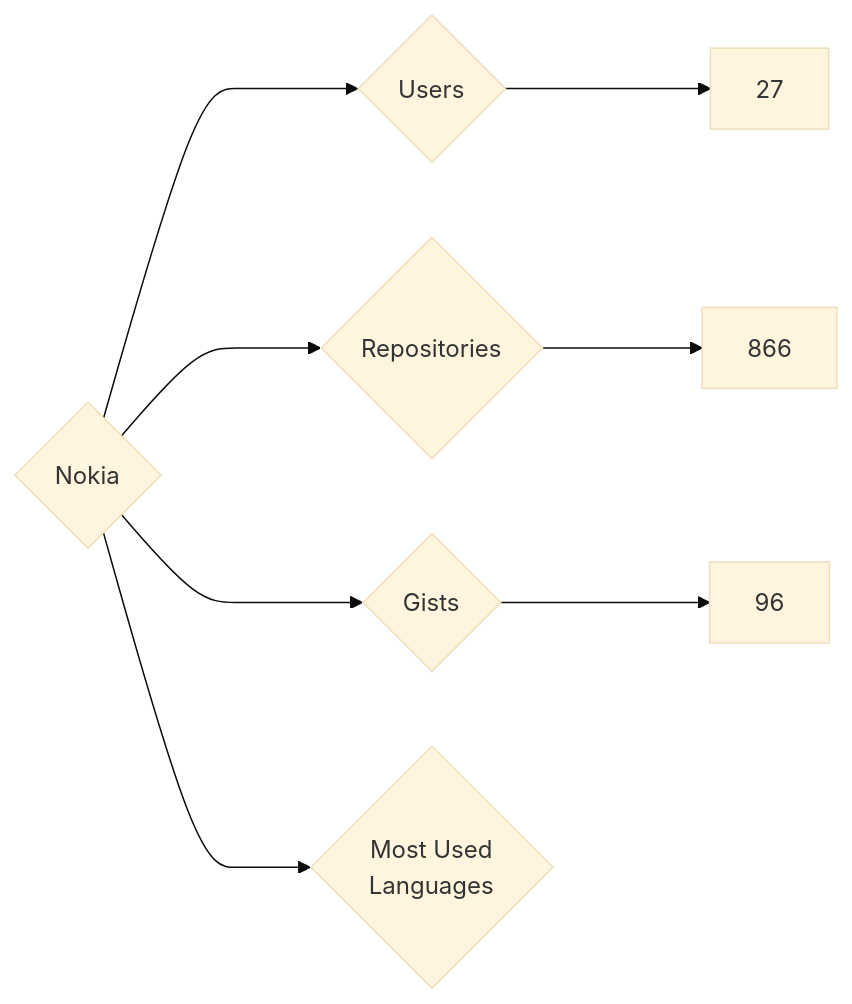
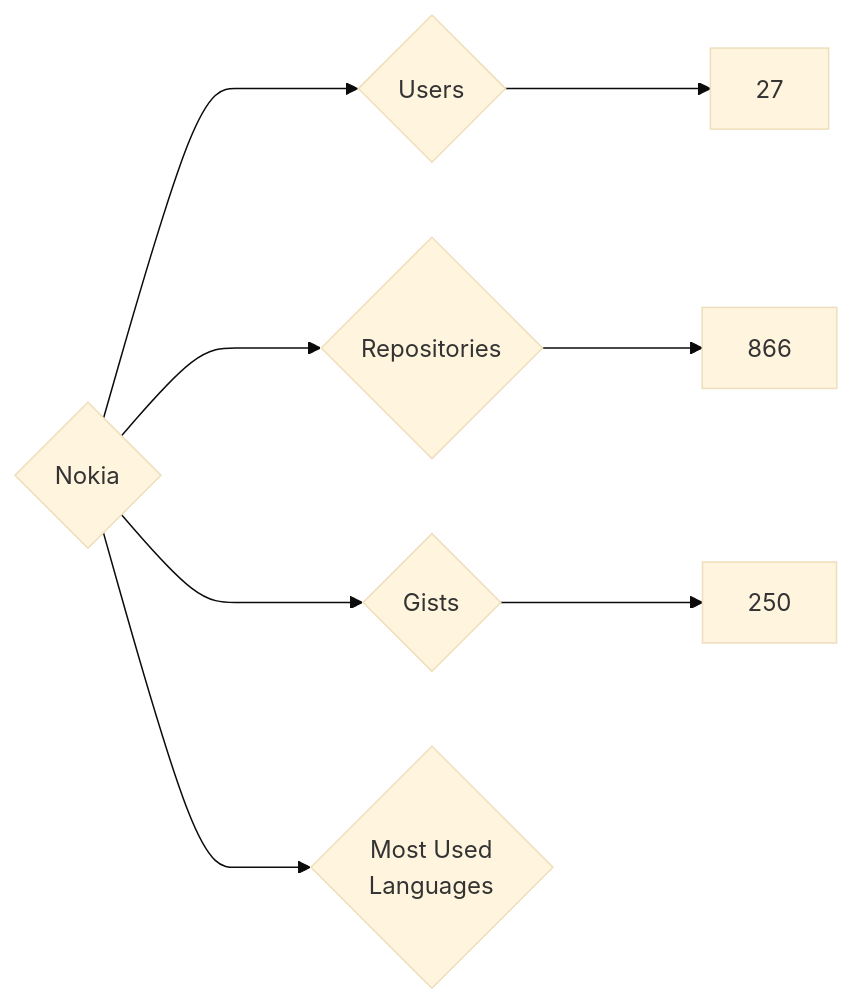
The diagram in targets/Nokia/README.md (nenadzaric/insiders), drawn with Mermaid (base theme) before and after one commit. The commit also changed 1342 other files, not shown here.

````diff
--- a/targets/Nokia/README.md
+++ b/targets/Nokia/README.md
@@ -3,8 +3,8 @@
 ```mermaid
 graph LR
 COMPANY_NAME{Nokia}
 COMPANY_NAME ---> U{Users} ---> UN[27]
 COMPANY_NAME ---> R{Repositories} ---> RN[866]
-COMPANY_NAME ---> G{Gists} ---> GN[96]
+COMPANY_NAME ---> G{Gists} ---> GN[250]
 COMPANY_NAME ---> ML{Most Used<br>Languages}
 ```
````
